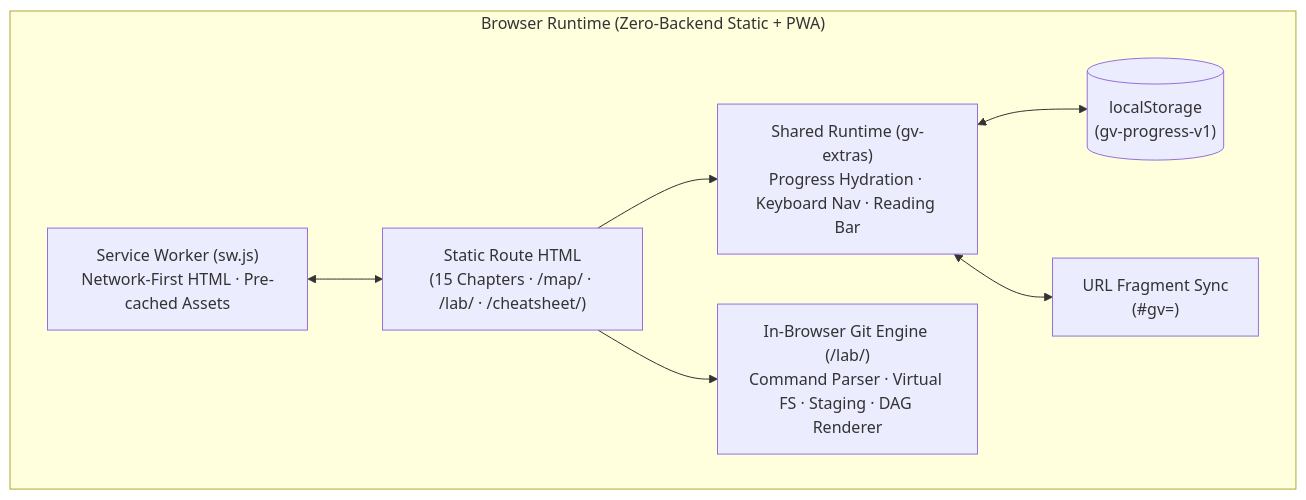
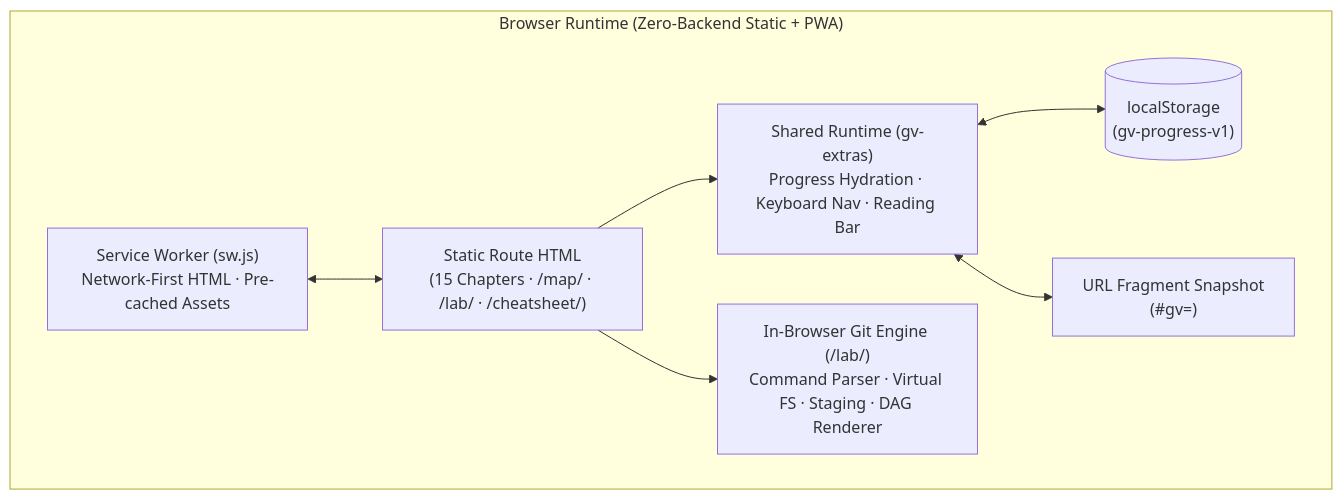
One commit to manav4u/manav4u changed the diagram in case-studies/git-visually.md. Above: the diagram before and after it, drawn with Mermaid. The commit also changed other lines of this file and 14 other files, not shown here.

````diff
--- a/case-studies/git-visually.md
+++ b/case-studies/git-visually.md
@@ -32,17 +32,17 @@
 ```mermaid
 flowchart TD
     subgraph Client["Browser Runtime (Zero-Backend Static + PWA)"]
         Router["Static Route HTML\n(15 Chapters · /map/ · /lab/ · /cheatsheet/)"]
         Extras["Shared Runtime (gv-extras)\nProgress Hydration · Keyboard Nav · Reading Bar"]
         Lab["In-Browser Git Engine (/lab/)\nCommand Parser · Virtual FS · Staging · DAG Renderer"]
         Storage[("localStorage\n(gv-progress-v1)")]
-        Fragment["URL Fragment Sync\n(#gv=<base64url>)"]
+        Fragment["URL Fragment Snapshot\n(#gv=<base64url>)"]
         SW["Service Worker (sw.js)\nNetwork-First HTML · Pre-cached Assets"]
     end
 
     Router --> Extras
     Router --> Lab
     Extras <--> Storage
     Extras <--> Fragment
     SW <--> Router
 ```
````
